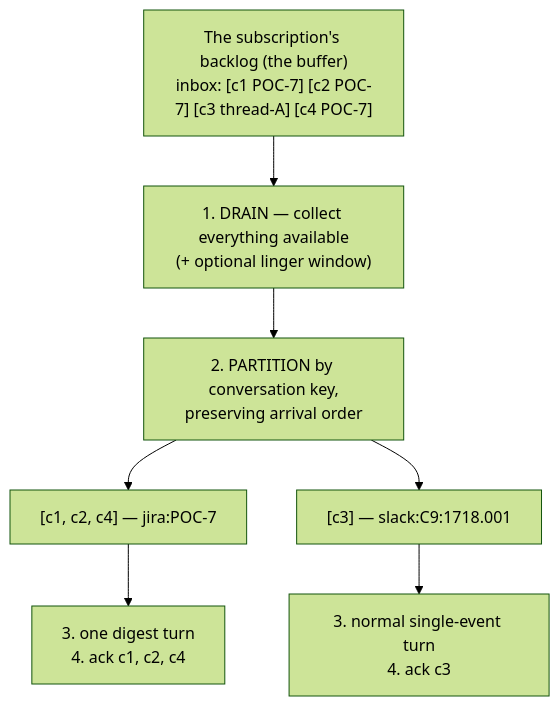
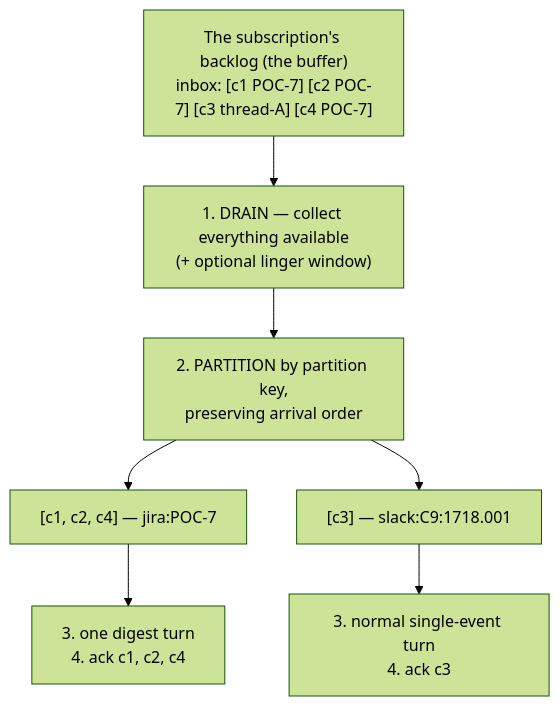
Before and after one commit to crewlet/crewlet: the first of 3 diagrams in docs/concepts/event-system.md, drawn with Mermaid (forest theme). The commit also changed other lines of this file and 56 other files, not shown here.

````diff
--- a/docs/concepts/event-system.md
+++ b/docs/concepts/event-system.md
@@ -145,13 +145,13 @@
 ```mermaid
 flowchart TD
     BACKLOG["The subscription's backlog (the buffer)<br/>inbox: [c1 POC-7] [c2 POC-7] [c3 thread-A] [c4 POC-7]"]
     DRAIN["1. DRAIN — collect everything available<br/>(+ optional linger window)"]
-    PART["2. PARTITION by conversation key,<br/>preserving arrival order"]
+    PART["2. PARTITION by partition key,<br/>preserving arrival order"]
     P1["[c1, c2, c4] — jira:POC-7"]
     P2["[c3] — slack:C9:1718.001"]
     T1["3. one digest turn<br/>4. ack c1, c2, c4"]
     T2["3. normal single-event turn<br/>4. ack c3"]
     BACKLOG --> DRAIN --> PART
     PART --> P1 --> T1
     PART --> P2 --> T2
 ```
````
